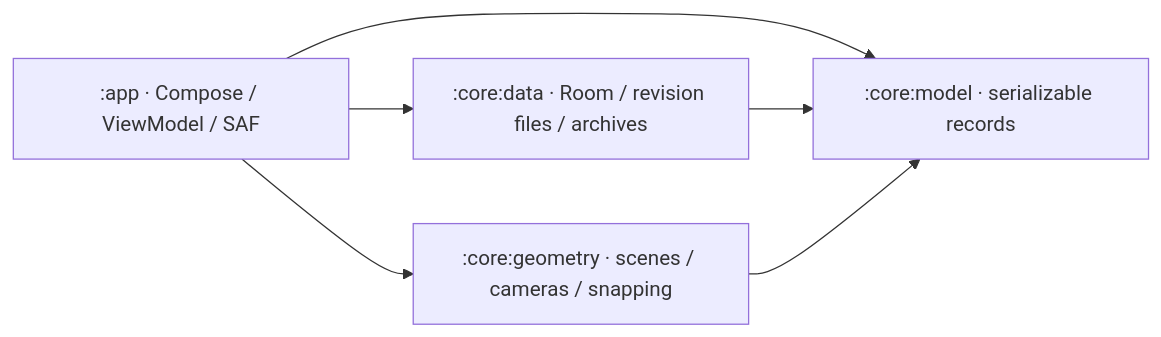
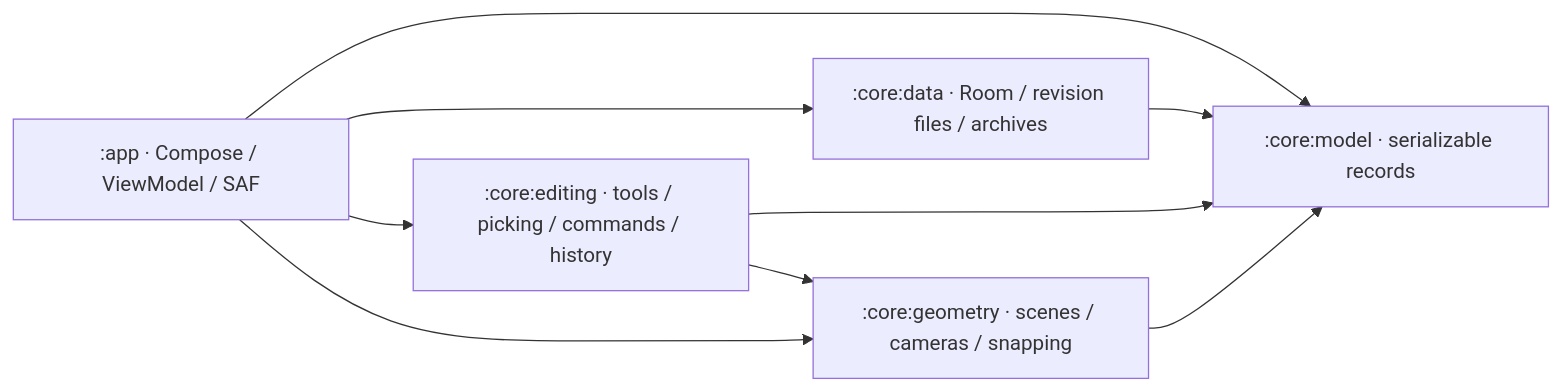
Before and after one commit to soyeezy1-svg/EezyDraw: the first of 2 diagrams in docs/ARCHITECTURE.md, drawn with Mermaid. The commit also changed other lines of this file and 46 other files, not shown here.

Commit message:
Add canvas drawing tools, selection and editing

````diff
--- a/docs/ARCHITECTURE.md
+++ b/docs/ARCHITECTURE.md
@@ -7,8 +7,11 @@
 ```mermaid
 flowchart LR
     app[":app · Compose / ViewModel / SAF"] --> data[":core:data · Room / revision files / archives"]
+    app --> editing[":core:editing · tools / picking / commands / history"]
+    editing --> geometry[":core:geometry · scenes / cameras / snapping"]
     app --> geometry[":core:geometry · scenes / cameras / snapping"]
     app --> model[":core:model · serializable records"]
     data --> model
+    editing --> model
     geometry --> model
 ```
````
